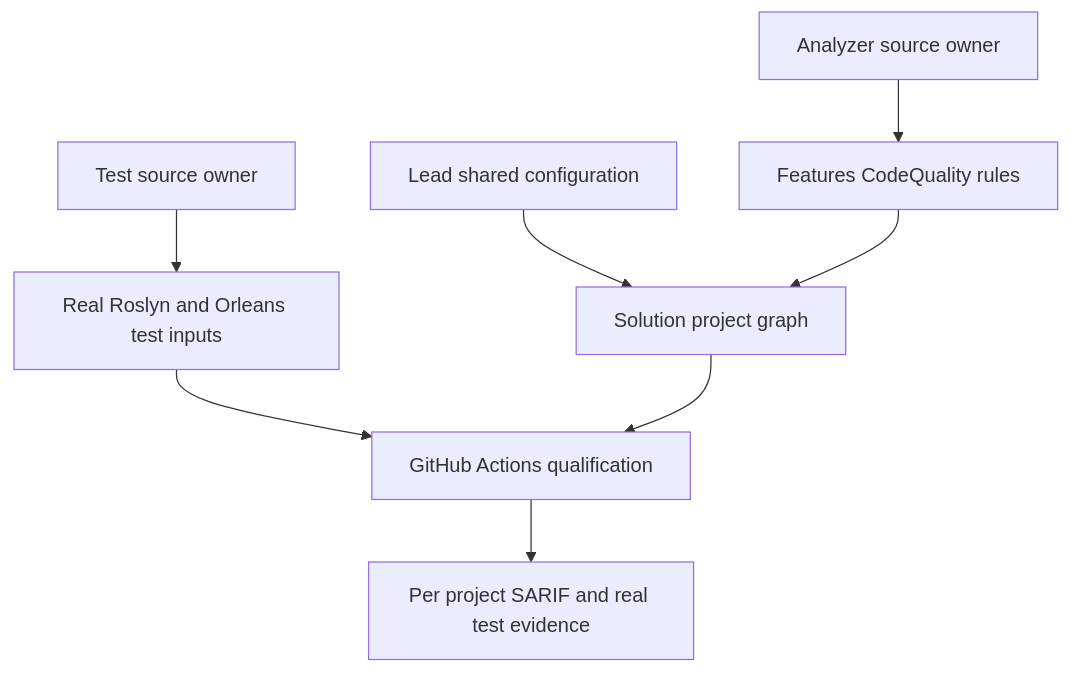
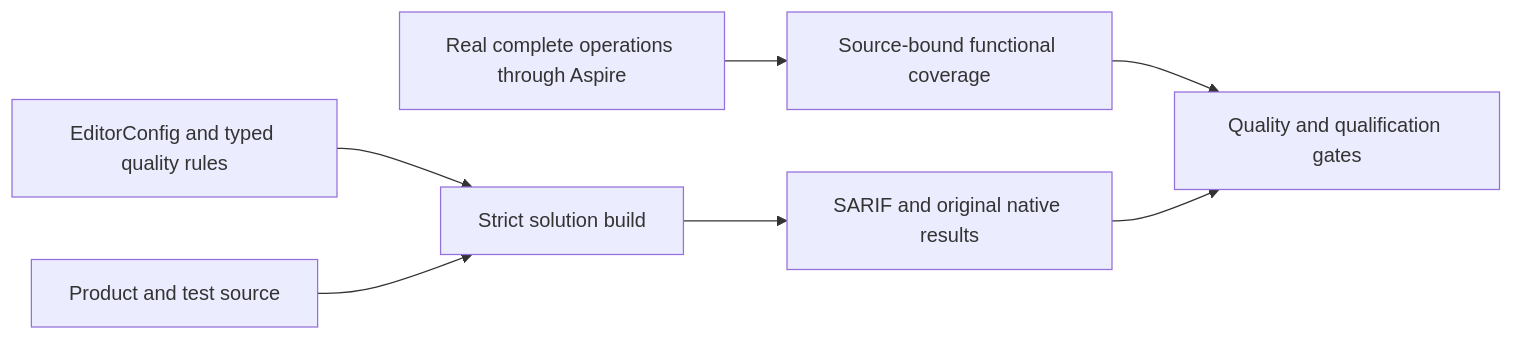
The diagram in docs/ADR/ADR-033-code-quality.md (managedcode/KeyLoad), drawn with Mermaid before and after one commit. The commit also changed other lines of this file and 440 other files, not shown here.

````diff
--- a/docs/ADR/ADR-033-code-quality.md
+++ b/docs/ADR/ADR-033-code-quality.md
@@ -28,10 +13,9 @@
 ```mermaid
-flowchart TB
-    Lead[Lead shared configuration] --> Graph[Solution project graph]
-    WorkerA[Analyzer source owner] --> Rules[Features CodeQuality rules]
-    WorkerB[Test source owner] --> Cases[Real Roslyn and Orleans test inputs]
-    Rules --> Graph
-    Cases --> CI[GitHub Actions qualification]
-    Graph --> CI
-    CI --> Reports[Per project SARIF and real test evidence]
+flowchart LR
+    Policy[EditorConfig and typed quality rules] --> Build[Strict solution build]
+    Source[Product and test source] --> Build
+    Build --> Reports[SARIF and original native results]
+    Operations[Real complete operations through Aspire] --> Coverage[Source-bound functional coverage]
+    Coverage --> Gates[Quality and qualification gates]
+    Reports --> Gates
 ```
````
